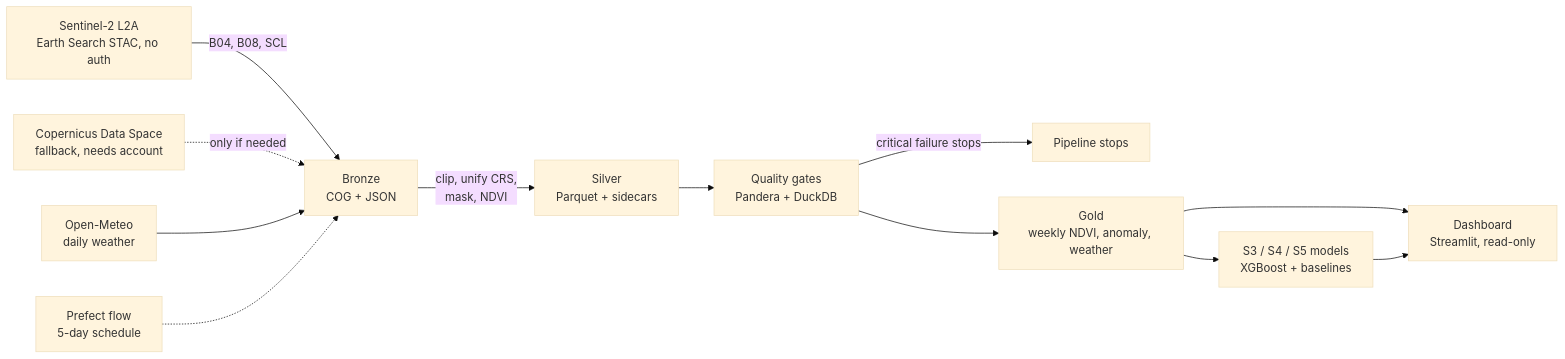
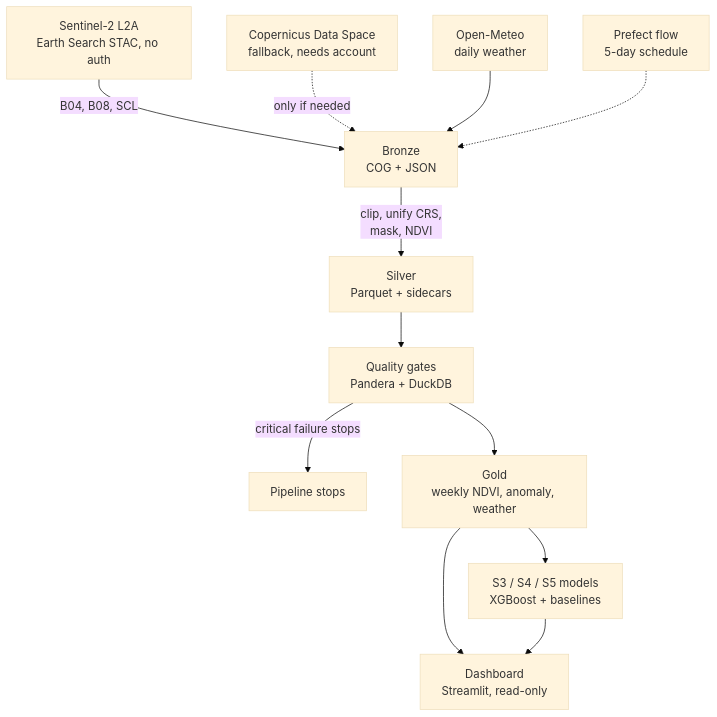
One commit to abosameh522/delta-crop-monitoring-system changed the diagram in README.md. Above: the diagram before and after it, drawn with Mermaid (base theme). The commit also changed other lines of this file, not shown here.

First line of the commit message:
docs(readme): add a five-line TL;DR and a vertical architecture diagram

````diff
--- a/README.md
+++ b/README.md
@@ -89,14 +95,14 @@
 ```mermaid
-flowchart LR
+flowchart TD
   S2[Sentinel-2 L2A<br/>Earth Search STAC, no auth] -->|B04, B08, SCL| B[Bronze<br/>COG + JSON]
   S2b[Copernicus Data Space<br/>fallback, needs account] -.->|only if needed| B
   OM[Open-Meteo<br/>daily weather] --> B
   B -->|clip, unify CRS,<br/>mask, NDVI| SI[Silver<br/>Parquet + sidecars]
   SI --> Q[Quality gates<br/>Pandera + DuckDB]
   Q -->|critical failure stops| X[Pipeline stops]
   Q --> G[Gold<br/>weekly NDVI, anomaly, weather]
   G --> M[S3 / S4 / S5 models<br/>XGBoost + baselines]
   G --> D[Dashboard<br/>Streamlit, read-only]
   M --> D
   P[Prefect flow<br/>5-day schedule] -.-> B
 ```
````
